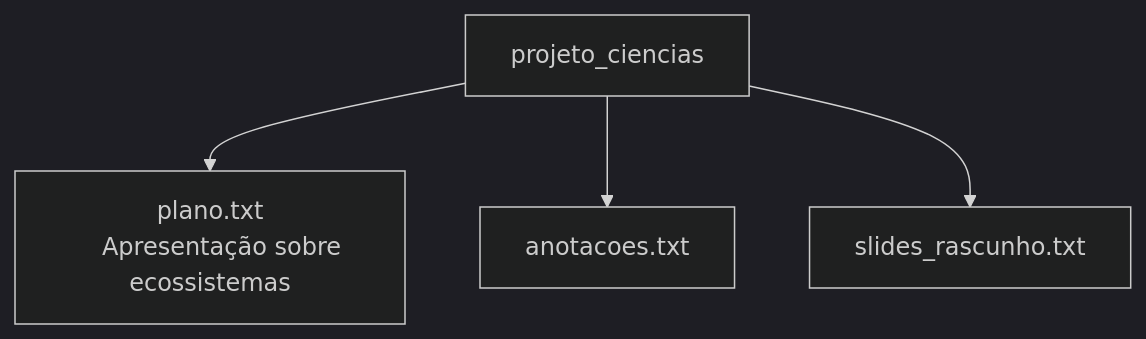
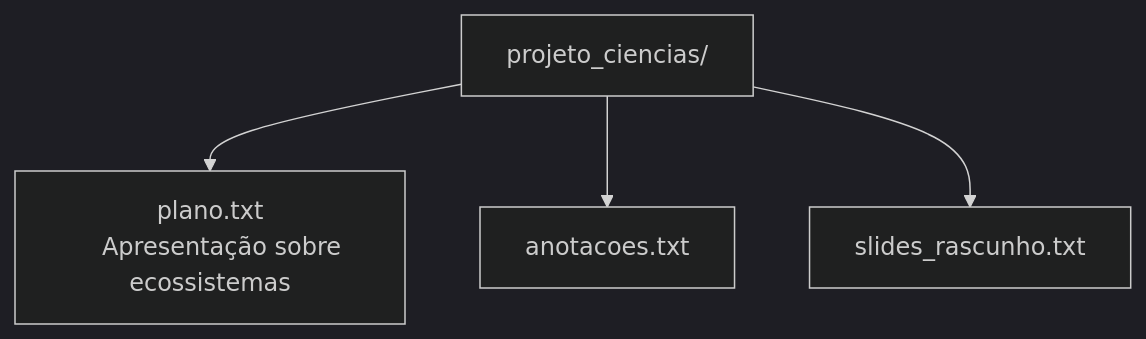
One commit to charlesfsantos/roteiros-linux changed the second of 8 diagrams in 2-diretorios-gerenciamento.md. Above: the diagram before and after it, drawn with Mermaid (dark theme). The commit also changed other lines of this file, not shown here.

````diff
--- a/2-diretorios-gerenciamento.md
+++ b/2-diretorios-gerenciamento.md
@@ -75,5 +75,5 @@
 ```mermaid
 flowchart TD
-    A["projeto_ciencias"] --> B["plano.txt
+    A["projeto_ciencias/"] --> B["plano.txt
     Apresentação sobre ecossistemas"] & C["anotacoes.txt"] & D["slides_rascunho.txt"]
 ```
````
